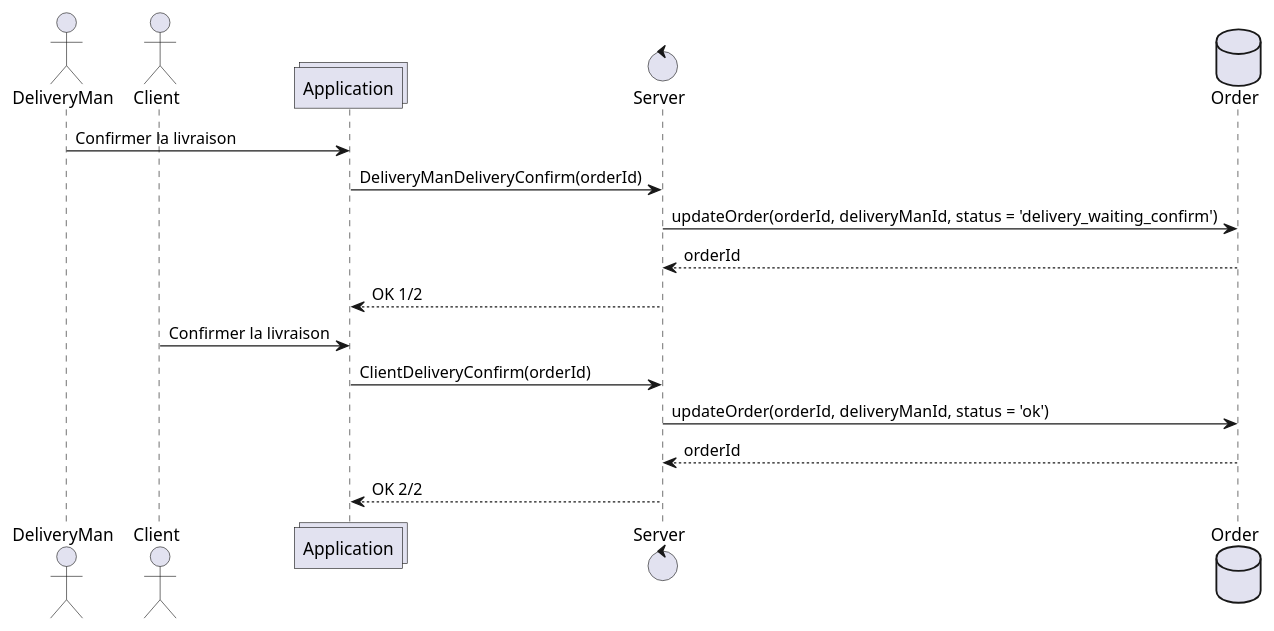
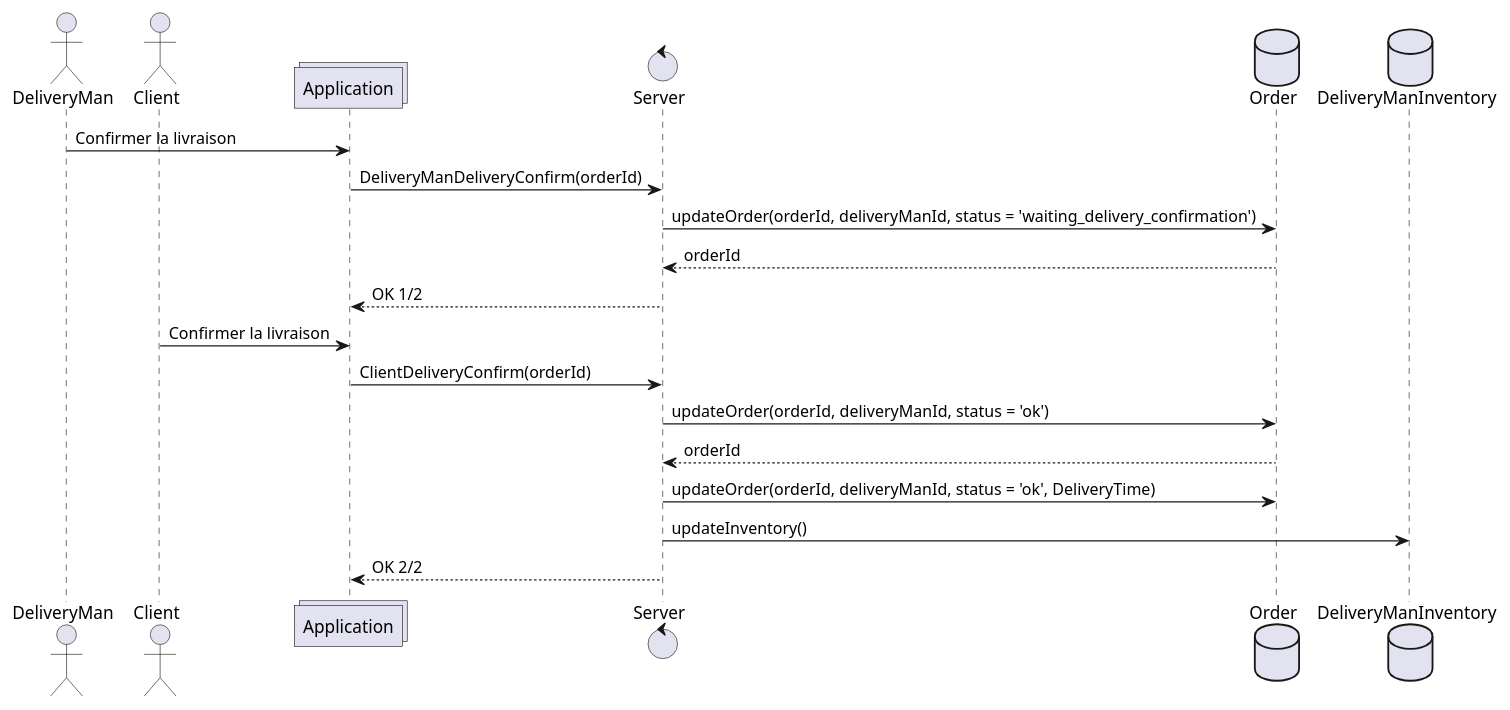
One commit to sjaulin/expressfood changed the diagram in uml/sequence-delivery-end.plantuml. Above: the diagram before and after it, drawn with PlantUML. The commit also changed 1 other file, not shown here.

```diff
--- a/uml/sequence-delivery-end.plantuml
+++ b/uml/sequence-delivery-end.plantuml
@@ -1,17 +1,20 @@
 @startuml
 actor DeliveryMan
 actor Client
 collections Application
 control Server
 database Order
+database DeliveryManInventory
 DeliveryMan -> Application : Confirmer la livraison
 Application -> Server : DeliveryManDeliveryConfirm(orderId)
-Server -> Order : updateOrder(orderId, deliveryManId, status = 'delivery_waiting_confirm')
+Server -> Order : updateOrder(orderId, deliveryManId, status = 'waiting_delivery_confirmation')
 Order --> Server : orderId
 Server --> Application : OK 1/2
 Client -> Application : Confirmer la livraison
 Application -> Server : ClientDeliveryConfirm(orderId)
 Server -> Order : updateOrder(orderId, deliveryManId, status = 'ok')
 Order --> Server : orderId
+Server -> Order : updateOrder(orderId, deliveryManId, status = 'ok', DeliveryTime) 
+Server -> DeliveryManInventory : updateInventory()
 Server --> Application : OK 2/2
 @enduml
```
